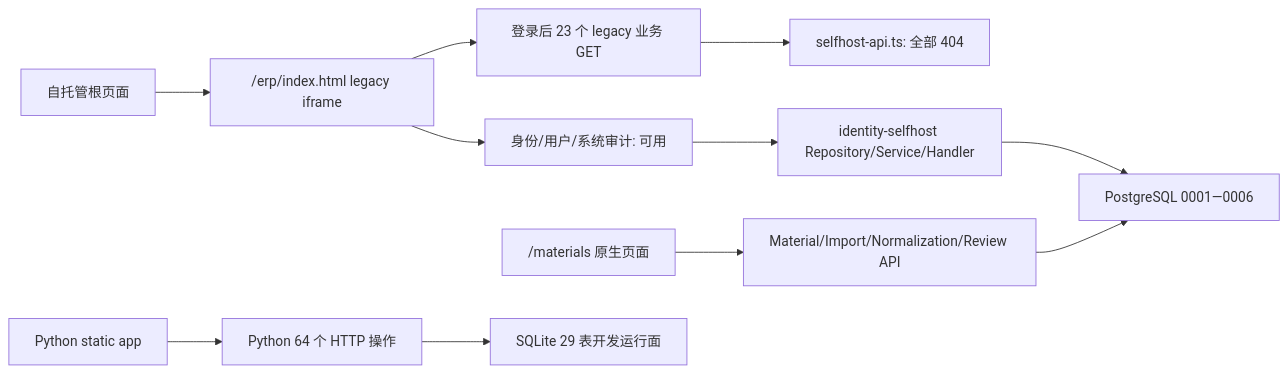
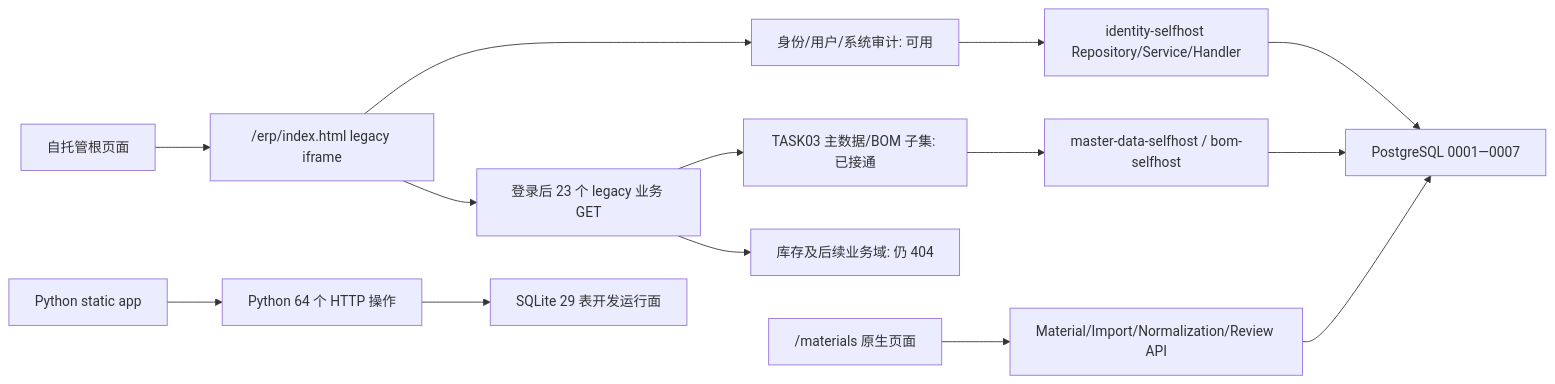
Before and after one commit to 3443176848/chenyida: the first of 7 diagrams in docs/project/ARCHITECTURE.md, drawn with Mermaid. The commit also changed other lines of this file and 37 other files, not shown here.

Commit message:
feat: add self-hosted master data and bom

````diff
--- a/docs/project/ARCHITECTURE.md
+++ b/docs/project/ARCHITECTURE.md
@@ -9,15 +9,18 @@
 ```mermaid
 flowchart LR
     ROOT["自托管根页面"] --> IFRAME["/erp/index.html legacy iframe"]
     IFRAME --> AUTH["身份/用户/系统审计: 可用"]
     IFRAME --> BATCH["登录后 23 个 legacy 业务 GET"]
-    BATCH --> NF["selfhost-api.ts: 全部 404"]
+    BATCH --> M3["TASK03 主数据/BOM 子集: 已接通"]
+    BATCH --> NF["库存及后续业务域: 仍 404"]
 
     NATIVE["/materials 原生页面"] --> MM["Material/Import/Normalization/Review API"]
     AUTH --> ID["identity-selfhost Repository/Service/Handler"]
-    ID --> PG["PostgreSQL 0001—0006"]
+    ID --> PG["PostgreSQL 0001—0007"]
     MM --> PG
+    M3 --> MDB["master-data-selfhost / bom-selfhost"]
+    MDB --> PG
 
     PYUI["Python static app"] --> PYAPI["Python 64 个 HTTP 操作"]
     PYAPI --> SQLITE["SQLite 29 表开发运行面"]
 ```
````
